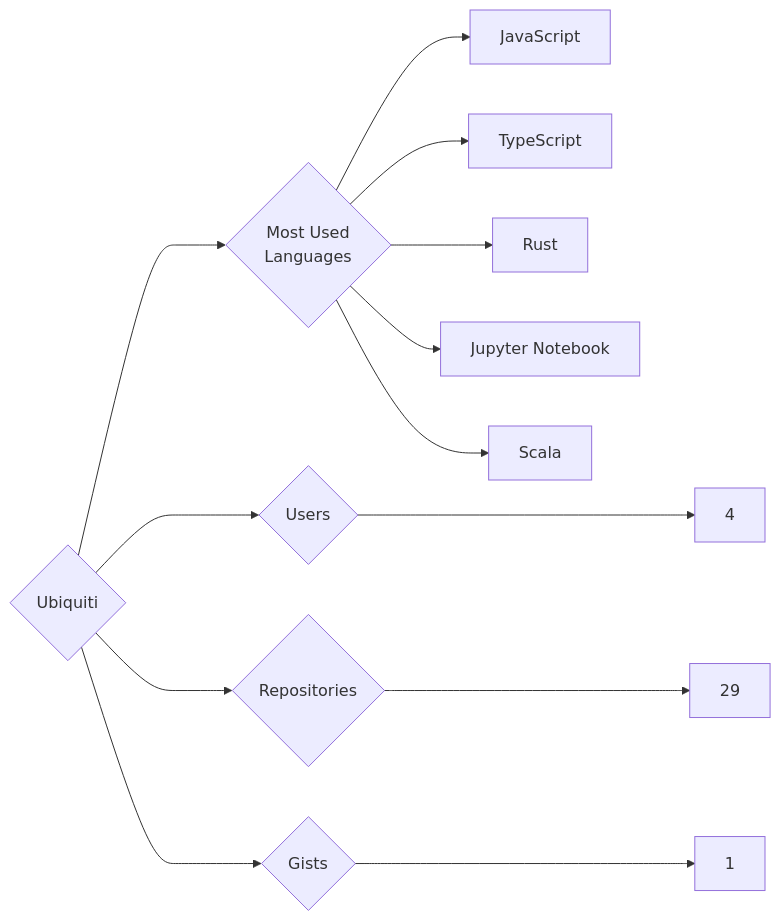
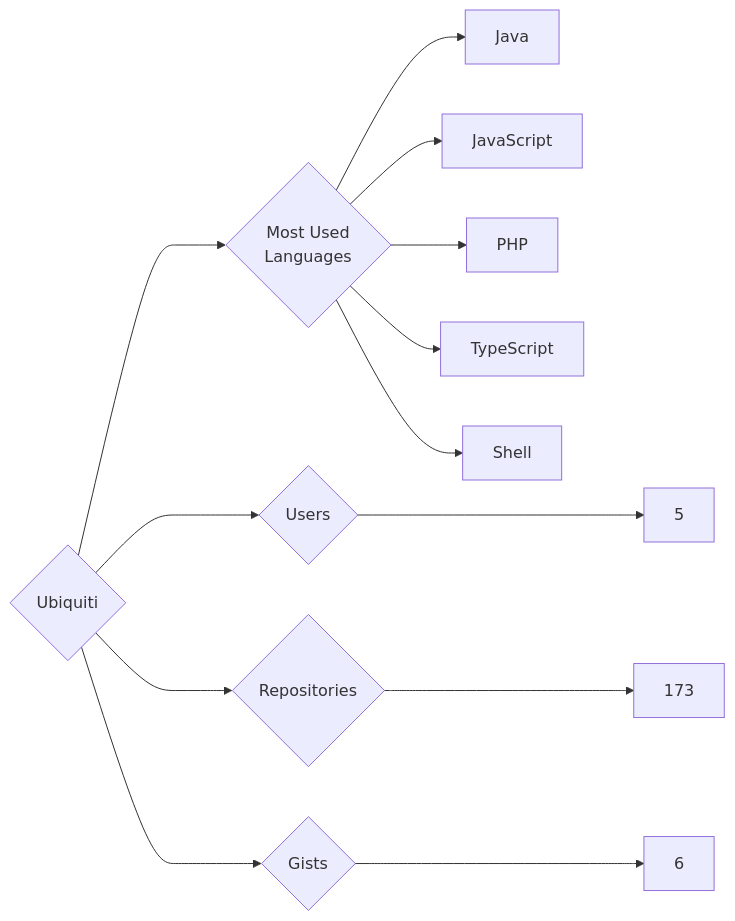
Before and after one commit to trickest/insiders: the diagram in targets/Ubiquiti/README.md, drawn with Mermaid. The commit also changed 1696 other files, not shown here.

````diff
--- a/targets/Ubiquiti/README.md
+++ b/targets/Ubiquiti/README.md
@@ -3,13 +3,13 @@
 ```mermaid
 graph LR
 COMPANY_NAME{Ubiquiti}
-COMPANY_NAME ---> U{Users} ---> UN[4]
-COMPANY_NAME ---> R{Repositories} ---> RN[29]
-COMPANY_NAME ---> G{Gists} ---> GN[1]
+COMPANY_NAME ---> U{Users} ---> UN[5]
+COMPANY_NAME ---> R{Repositories} ---> RN[173]
+COMPANY_NAME ---> G{Gists} ---> GN[6]
 COMPANY_NAME ---> ML{Most Used<br>Languages}
+ML --> Java[Java]
 ML --> JavaScript[JavaScript]
+ML --> PHP[PHP]
 ML --> TypeScript[TypeScript]
-ML --> Rust[Rust]
-ML --> Jupyter_Notebook[Jupyter Notebook]
-ML --> Scala[Scala]
+ML --> Shell[Shell]
 ```
````
